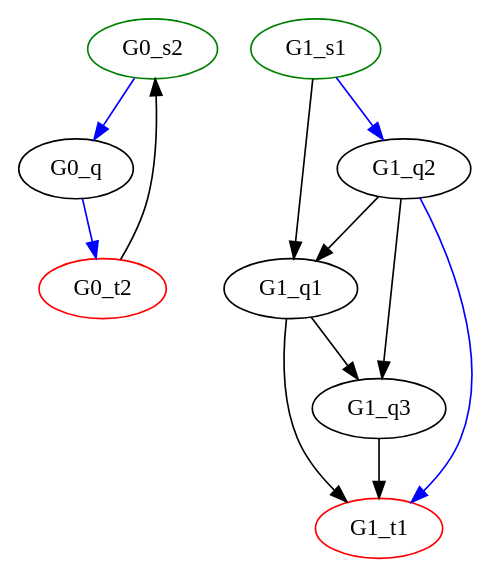
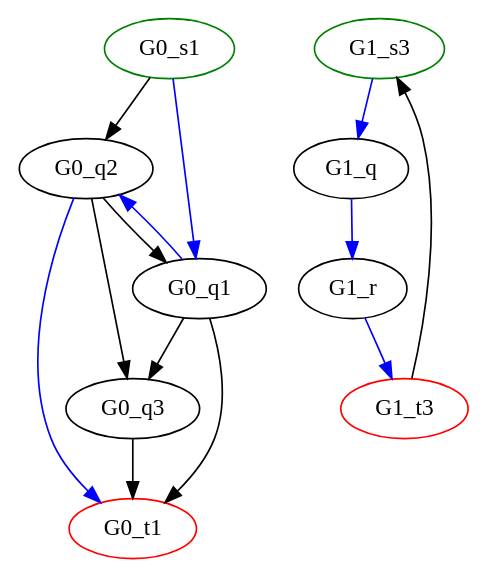
Before and after one commit to K1ntus/Computational-Complexity: the diagram in assignment/output/NAME-lLENGTH.dot, drawn with Graphviz. The commit also changed 1 other file, not shown here.

```diff
--- a/assignment/output/NAME-lLENGTH.dot
+++ b/assignment/output/NAME-lLENGTH.dot
@@ -1,25 +1,26 @@
 digraph G{
 	subgraph 0{
-		G0_s2 [initial=1,color=green];
-		G0_t2 [final=1,color=red];
-		G0_t2->G0_s2;
-		G0_q;
-		G0_s2->G0_q->G0_t2 [color=blue];
+		G0_s1 [initial=1,color=green];
+		G0_s1->G0_q2;
+		G0_t1 [final=1,color=red];
+		G0_q1;
+		G0_q1->G0_t1;
+		G0_q1->G0_q3;
+		G0_q2;
+		G0_q2->G0_q1;
+		G0_q2->G0_q3;
+		G0_q3;
+		G0_q3->G0_t1;
+		G0_s1->G0_q1->G0_q2->G0_t1 [color=blue];
 		label = "Graphe 0";
 	}
 	subgraph 1{
-		G1_s1 [initial=1,color=green];
-		G1_s1->G1_q1;
-		G1_t1 [final=1,color=red];
-		G1_q1;
-		G1_q1->G1_t1;
-		G1_q1->G1_q3;
-		G1_q2;
-		G1_q2->G1_q1;
-		G1_q2->G1_q3;
-		G1_q3;
-		G1_q3->G1_t1;
-		G1_s1->G1_q2->G1_t1 [color=blue];
+		G1_s3 [initial=1,color=green];
+		G1_t3 [final=1,color=red];
+		G1_t3->G1_s3;
+		G1_q;
+		G1_r;
+		G1_s3->G1_q->G1_r->G1_t3 [color=blue];
 		label = "Graphe 1";
 	}
 }
```
